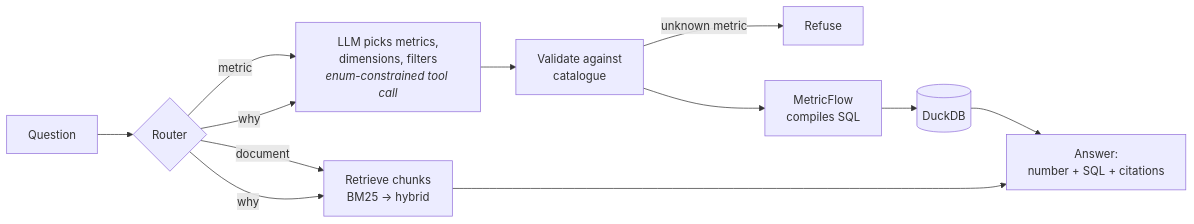
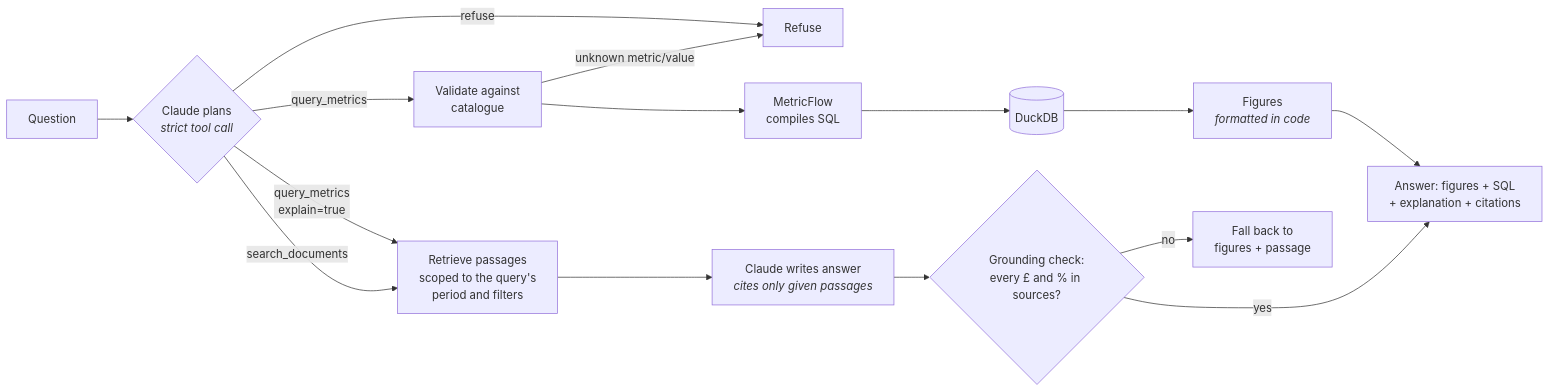
One commit to qraza/finance-tickmark changed the diagram in README.md. Above: the diagram before and after it, drawn with Mermaid. The commit also changed other lines of this file and 11 other files, not shown here.

First line of the commit message:
Week 3: Claude routing, grounded explanations, scoped retrieval

````diff
--- a/README.md
+++ b/README.md
@@ -32,13 +32,16 @@
 ```mermaid
 flowchart LR
-    Q[Question] --> R{Router}
-    R -->|metric| P[LLM picks metrics,<br/>dimensions, filters<br/><i>enum-constrained tool call</i>]
-    P --> V[Validate against<br/>catalogue]
-    V -->|unknown metric| X[Refuse]
+    Q[Question] --> P{Claude plans<br/><i>strict tool call</i>}
+    P -->|refuse| X[Refuse]
+    P -->|query_metrics| V[Validate against<br/>catalogue]
+    V -->|unknown metric/value| X
     V --> MF[MetricFlow<br/>compiles SQL] --> DB[(DuckDB)]
-    R -->|document| RAG[Retrieve chunks<br/>BM25 → hybrid]
-    R -->|why| P
-    R -->|why| RAG
-    DB --> A[Answer:<br/>number + SQL + citations]
-    RAG --> A
+    DB --> F[Figures<br/><i>formatted in code</i>]
+    P -->|query_metrics<br/>explain=true| S[Retrieve passages<br/>scoped to the query's<br/>period and filters]
+    P -->|search_documents| S
+    S --> W[Claude writes answer<br/><i>cites only given passages</i>]
+    W --> G{Grounding check:<br/>every £ and % in sources?}
+    G -->|no| FB[Fall back to<br/>figures + passage]
+    F --> A[Answer: figures + SQL<br/>+ explanation + citations]
+    G -->|yes| A
 ```
````
